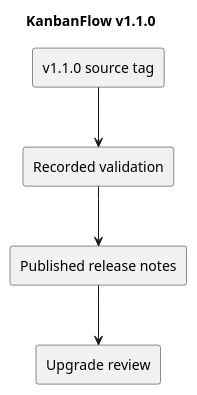
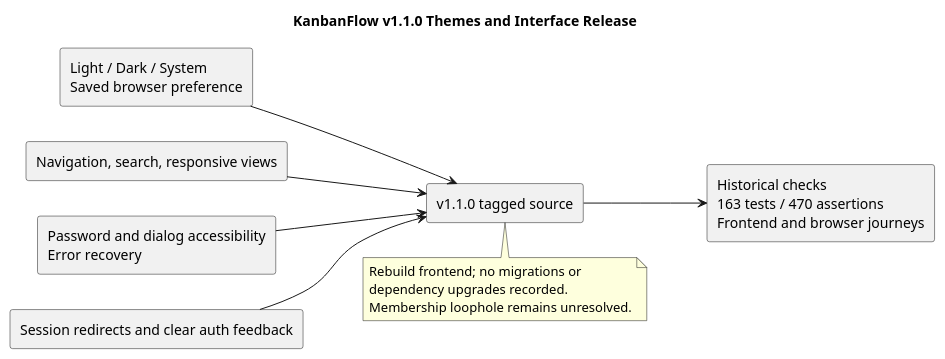
The diagram in docs/Releases/diagrams/v1.1.0.puml (Farhad-Valizadegan/Web-KanbanFlow), drawn with PlantUML before and after one commit. The commit also changed 2 other files, not shown here.

Commit message:
docs: complete v1.1.0 themes and interface release record

```diff
--- a/docs/Releases/diagrams/v1.1.0.puml
+++ b/docs/Releases/diagrams/v1.1.0.puml
@@ -1,10 +1,20 @@
 @startuml
-title KanbanFlow v1.1.0
-rectangle "v1.1.0 source tag" as T
-rectangle "Recorded validation" as V
-rectangle "Published release notes" as N
-rectangle "Upgrade review" as U
-T --> V
-V --> N
-N --> U
+title KanbanFlow v1.1.0 Themes and Interface Release
+left to right direction
+rectangle "Light / Dark / System\nSaved browser preference" as T
+rectangle "Navigation, search, responsive views" as N
+rectangle "Password and dialog accessibility\nError recovery" as A
+rectangle "Session redirects and clear auth feedback" as S
+rectangle "v1.1.0 tagged source" as R
+rectangle "Historical checks\n163 tests / 470 assertions\nFrontend and browser journeys" as V
+T --> R
+N --> R
+A --> R
+S --> R
+R --> V
+note bottom of R
+Rebuild frontend; no migrations or
+dependency upgrades recorded.
+Membership loophole remains unresolved.
+end note
 @enduml
```
